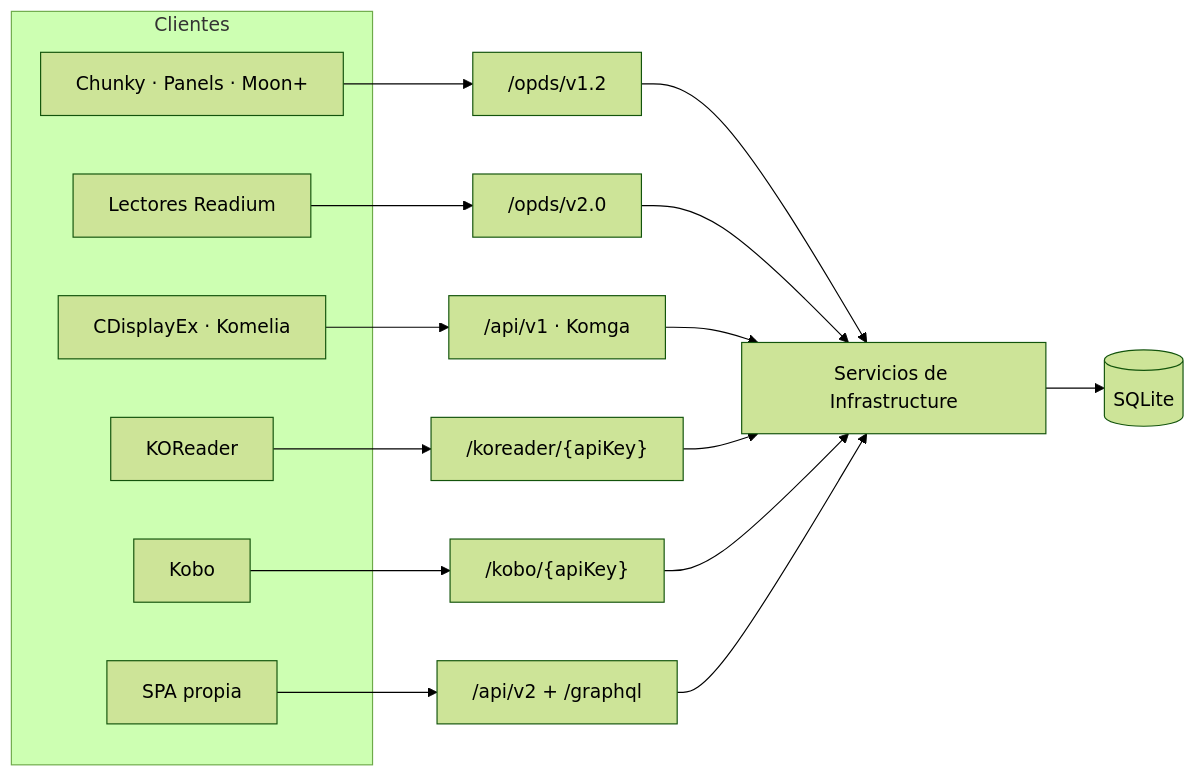
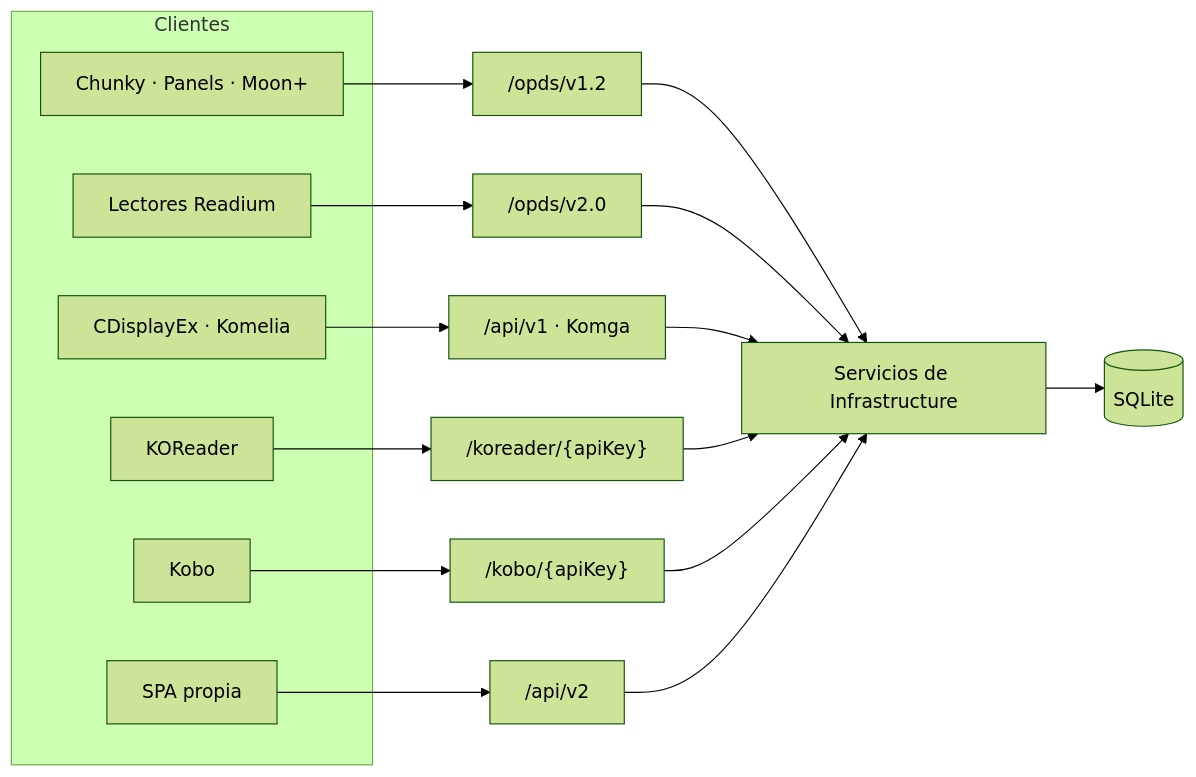
Before and after one commit to d2a3n4i5e6l7/DiarSpeicher: the diagram in documentation/backend/04-apis-y-protocolos.md, drawn with Mermaid (forest theme). The commit also changed other lines of this file and 126 other files, not shown here.

````diff
--- a/documentation/backend/04-apis-y-protocolos.md
+++ b/documentation/backend/04-apis-y-protocolos.md
@@ -7,26 +7,26 @@
 ```mermaid
 flowchart LR
     subgraph clientes["Clientes"]
         C1["Chunky · Panels · Moon+"]
         C2["Lectores Readium"]
         C3["CDisplayEx · Komelia"]
         C4["KOReader"]
         C5["Kobo"]
         C6["SPA propia"]
     end
 
     C1 --> A["/opds/v1.2"]
     C2 --> B["/opds/v2.0"]
     C3 --> D["/api/v1 · Komga"]
     C4 --> E["/koreader/{apiKey}"]
     C5 --> F["/kobo/{apiKey}"]
-    C6 --> G["/api/v2 + /graphql"]
+    C6 --> G["/api/v2"]
 
     A --> S["Servicios de Infrastructure"]
     B --> S
     D --> S
     E --> S
     F --> S
     G --> S
     S --> DB[("SQLite")]
 ```
````
